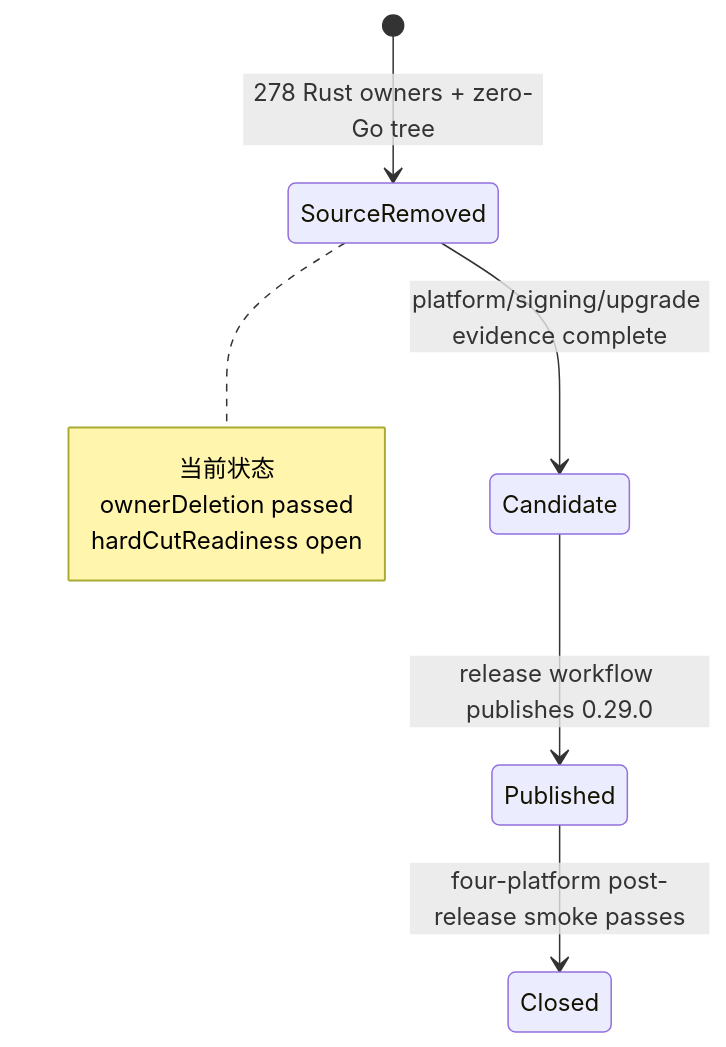
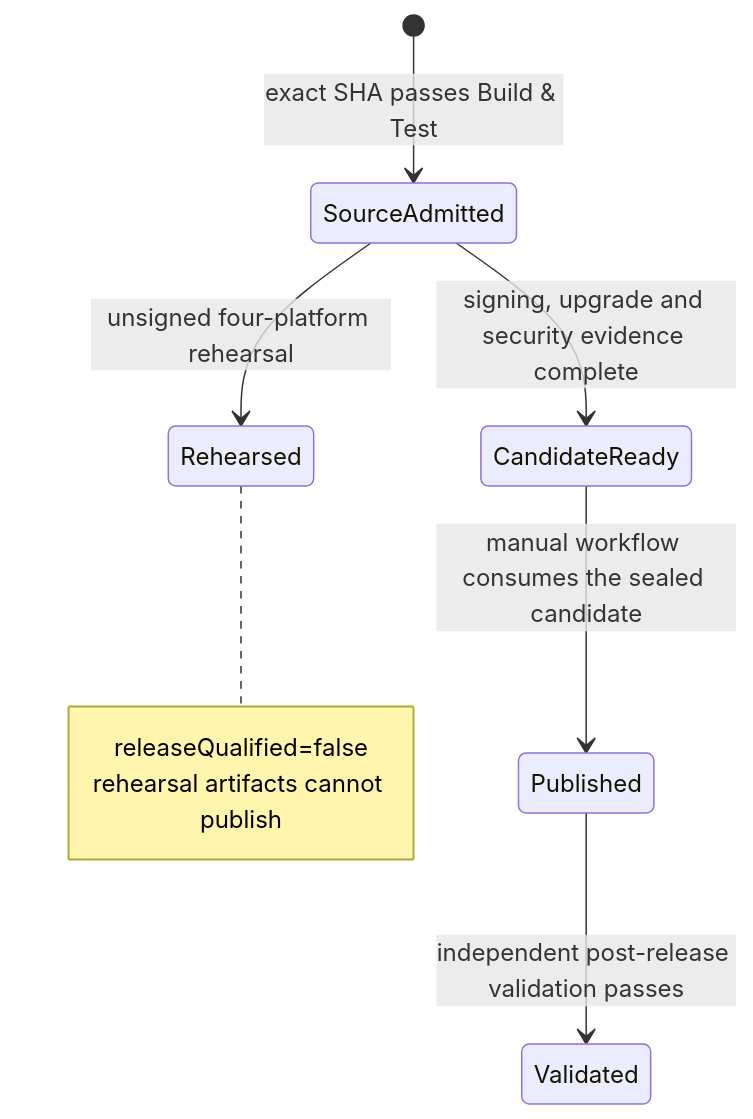
The sixth of 6 diagrams in docs/architecture-mermaid.md (Dennishaha/JFTrade), drawn with Mermaid before and after one commit. The commit also changed other lines of this file and 72 other files, not shown here.

````diff
--- a/docs/architecture-mermaid.md
+++ b/docs/architecture-mermaid.md
@@ -112,13 +113,13 @@
 ```mermaid
 stateDiagram-v2
-    [*] --> SourceRemoved: 278 Rust owners + zero-Go tree
-    SourceRemoved --> Candidate: platform/signing/upgrade evidence complete
-    Candidate --> Published: release workflow publishes 0.29.0
-    Published --> Closed: four-platform post-release smoke passes
+    [*] --> SourceAdmitted: exact SHA passes Build & Test
+    SourceAdmitted --> Rehearsed: unsigned four-platform rehearsal
+    SourceAdmitted --> CandidateReady: signing, upgrade and security evidence complete
+    CandidateReady --> Published: manual workflow consumes the sealed candidate
+    Published --> Validated: independent post-release validation passes
 
-    note right of SourceRemoved
-      当前状态
-      ownerDeletion passed
-      hardCutReadiness open
+    note right of Rehearsed
+      releaseQualified=false
+      rehearsal artifacts cannot publish
     end note
 ```
````
